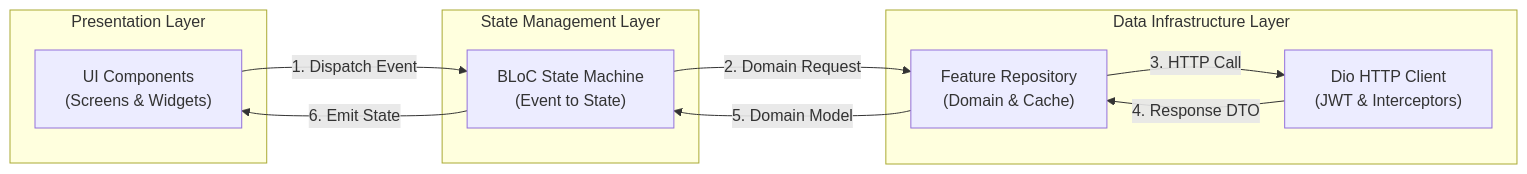
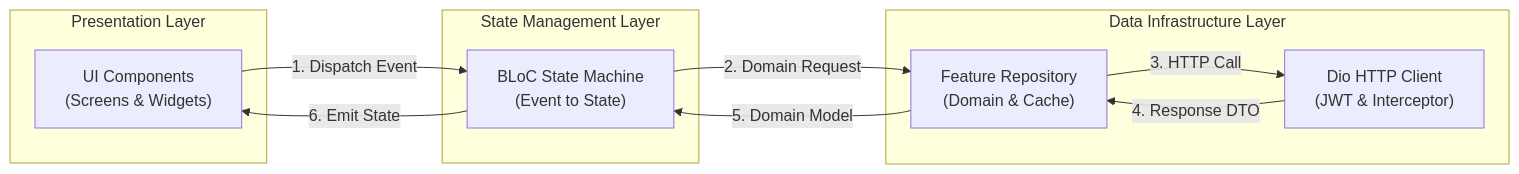
Before and after one commit to Varian08/smart-local-planner: the second of 3 diagrams in README.md, drawn with Mermaid. The commit also changed other lines of this file and 2 other files, not shown here.

Commit message:
docs(mermaid): break Client node into two lines and add trailing safety padding to guarantee zero text clipping

````diff
--- a/README.md
+++ b/README.md
@@ -96,22 +96,22 @@
 ```mermaid
 flowchart LR
     subgraph UI_Layer ["Presentation Layer"]
-        UI["UI Components<br/>(Screens & Widgets)"]
+        UI["UI Components<br/>(Screens & Widgets)    "]
     end
 
     subgraph BLoC_Layer ["State Management Layer"]
-        Bloc["BLoC State Machine<br/>(Event to State)"]
+        Bloc["BLoC State Machine<br/>(Event to State)    "]
     end
 
     subgraph Data_Layer ["Data Infrastructure Layer"]
-        Repo["Feature Repository<br/>(Domain & Cache)"]
-        Network["Dio HTTP Client<br/>(JWT & Interceptors)"]
+        Repo["Feature Repository<br/>(Domain & Cache)    "]
+        Network["Dio HTTP Client<br/>(JWT & Interceptor)    "]
     end
 
     UI -->|"1. Dispatch Event"| Bloc
     Bloc -->|"2. Domain Request"| Repo
     Repo -->|"3. HTTP Call"| Network
     Network -->|"4. Response DTO"| Repo
     Repo -->|"5. Domain Model"| Bloc
     Bloc -->|"6. Emit State"| UI
 ```
````
